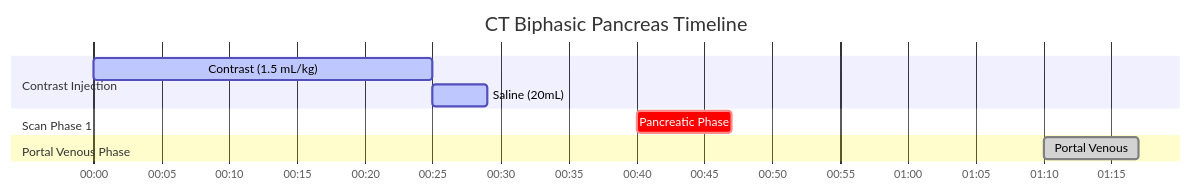
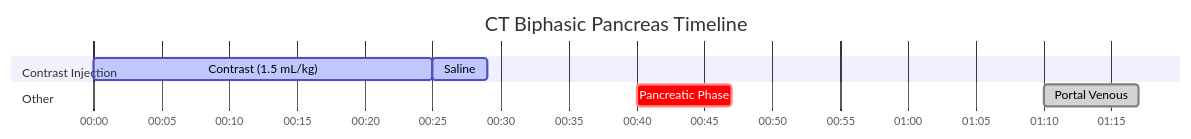
One commit to dfergs93/radiology-protocols changed the diagram in docs/ct/abdomen/ct-biphasic-pancreas.md. Above: the diagram before and after it, drawn with Mermaid. The commit also changed other lines of this file and 101 other files, not shown here.

````diff
--- a/docs/ct/abdomen/ct-biphasic-pancreas.md
+++ b/docs/ct/abdomen/ct-biphasic-pancreas.md
@@ -85,18 +86,19 @@
   ```mermaid
   ---
+  displayMode: compact
   config:
     theme: default
+    themeCSS: " #Saline{ fill: #4ed5ff; stroke: #2094f3; } "
   ---
     gantt
       title CT Biphasic Pancreas Timeline
       dateFormat mm:ss
       axisFormat %M:%S 
       
       section Contrast Injection
       Contrast (1.5 mL/kg)    :active, contrast, 00:00, 25s
-      Saline (20mL)          :active, saline, after contrast, 4s
-      section Scan Phase 1
+      Saline          :active, saline, after contrast, 4s
+      section Other
       Pancreatic Phase    :crit, scan1, 00:40, 7s
-      section Portal Venous Phase
       Portal Venous    :done, scan2, 01:10, 7s
   ```
````
